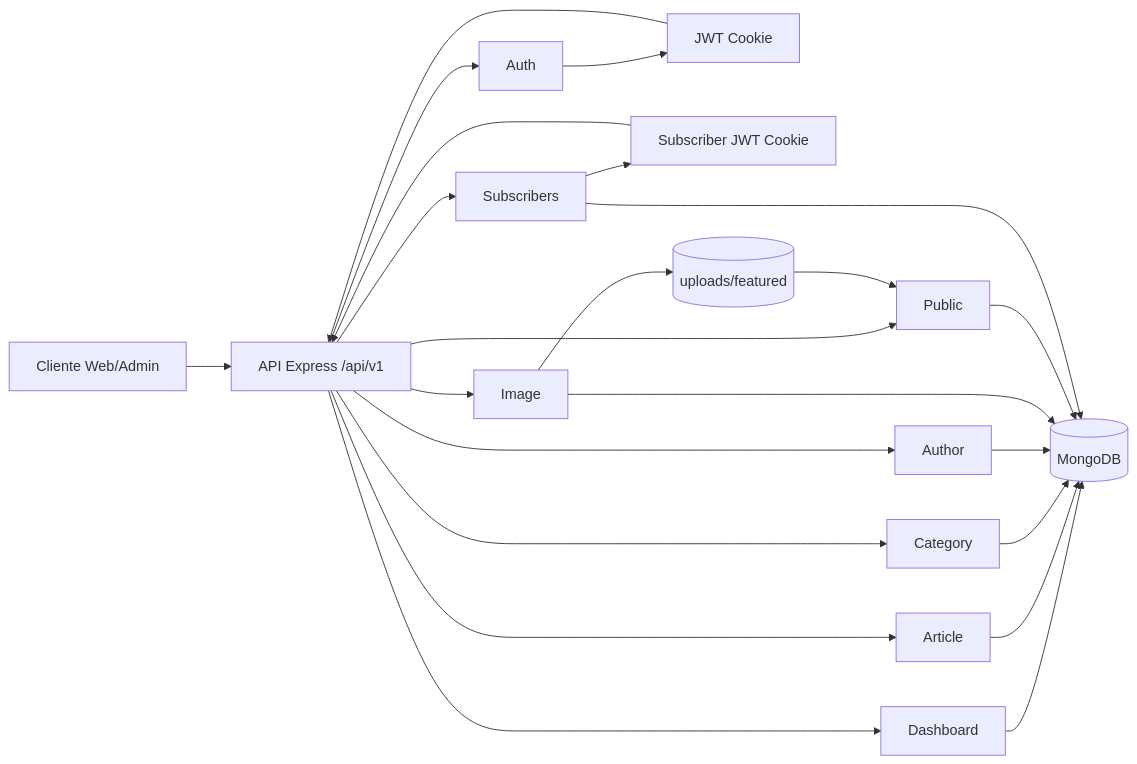
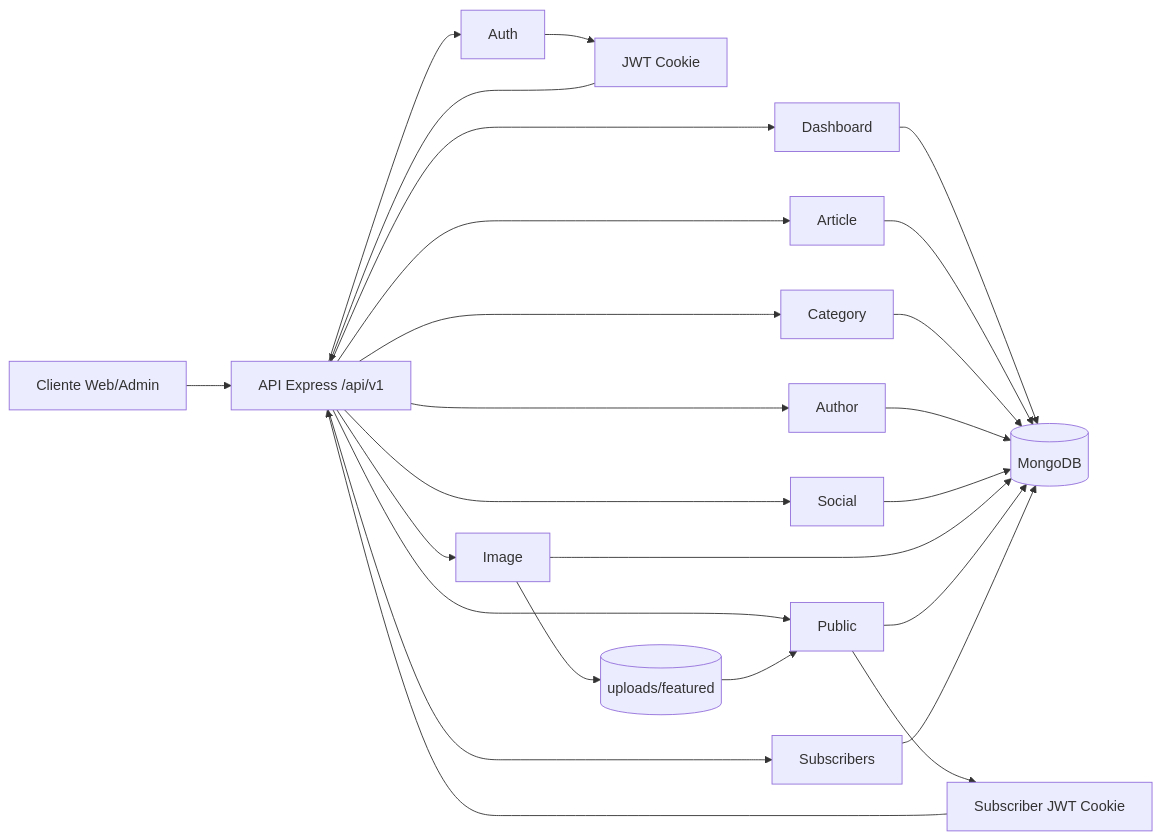
One commit to carlosbrisenoDev/periodico changed the first of 2 diagrams in docs/endpionts.md. Above: the diagram before and after it, drawn with Mermaid. The commit also changed other lines of this file and 26 other files, not shown here.

````diff
--- a/docs/endpionts.md
+++ b/docs/endpionts.md
@@ -18,28 +19,30 @@
 ```mermaid
 flowchart LR
   C[Cliente Web/Admin] --> A[API Express /api/v1]
   A --> M1[Auth]
   A --> M2[Dashboard]
   A --> M3[Article]
   A --> M4[Category]
   A --> M5[Author]
-  A --> M6[Image]
-  A --> M7[Public]
-  A --> M8[Subscribers]
+  A --> M6[Social]
+  A --> M7[Image]
+  A --> M8[Public]
+  A --> M9[Subscribers]
 
   M1 --> J[JWT Cookie]
   M8 --> SJ[Subscriber JWT Cookie]
   J --> A
   SJ --> A
 
   M2 --> DB[(MongoDB)]
   M3 --> DB
   M4 --> DB
   M5 --> DB
   M6 --> DB
   M7 --> DB
   M8 --> DB
+  M9 --> DB
 
-  M6 --> FS[(uploads/featured)]
-  FS --> M7
+  M7 --> FS[(uploads/featured)]
+  FS --> M8
 ```
````
